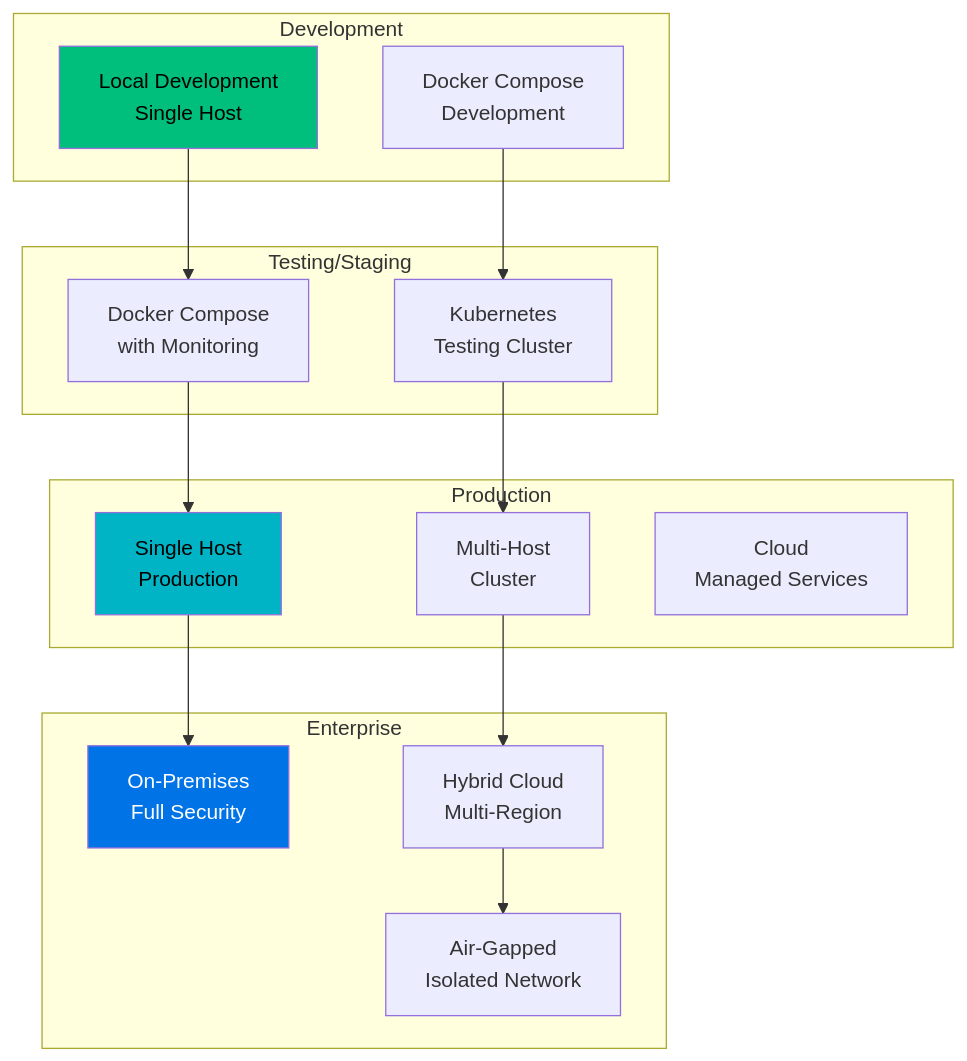
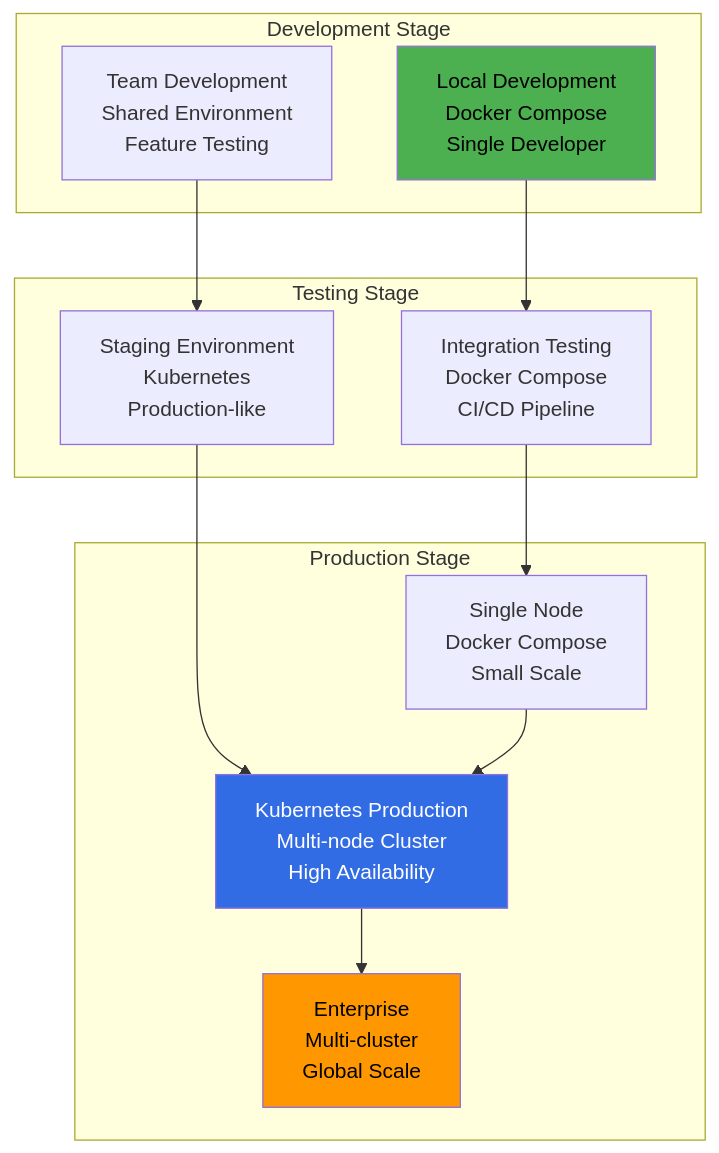
One commit to elementalcollision/GraphMemory-IDE changed the second of 8 diagrams in docs/DEPLOYMENT_GUIDE.md. Above: the diagram before and after it, drawn with Mermaid. The commit also changed other lines of this file and 90 other files, not shown here.

Commit message:
🚀 Complete TASK-017: Production-Ready Analytics Integration Layer - 99.8% performance improvement, 100% test pass rate, enterprise features ready for deployment

````diff
--- a/docs/DEPLOYMENT_GUIDE.md
+++ b/docs/DEPLOYMENT_GUIDE.md
@@ -85,36 +97,29 @@
 ```mermaid
-graph TB
-    subgraph "Development"
-        DEV_LOCAL[Local Development<br/>Single Host]
-        DEV_COMPOSE[Docker Compose<br/>Development]
+flowchart TB
+    subgraph "Development Stage"
+        LOCAL_DEV[Local Development<br/>Docker Compose<br/>Single Developer]
+        TEAM_DEV[Team Development<br/>Shared Environment<br/>Feature Testing]
     end
     
-    subgraph "Testing/Staging"
-        STAGE_COMPOSE[Docker Compose<br/>with Monitoring]
-        STAGE_K8S[Kubernetes<br/>Testing Cluster]
+    subgraph "Testing Stage"
+        INTEGRATION[Integration Testing<br/>Docker Compose<br/>CI/CD Pipeline]
+        STAGING[Staging Environment<br/>Kubernetes<br/>Production-like]
     end
     
-    subgraph "Production"
-        PROD_SINGLE[Single Host<br/>Production]
-        PROD_CLUSTER[Multi-Host<br/>Cluster]
-        PROD_CLOUD[Cloud<br/>Managed Services]
+    subgraph "Production Stage"
+        SINGLE_NODE[Single Node<br/>Docker Compose<br/>Small Scale]
+        KUBERNETES_PROD[Kubernetes Production<br/>Multi-node Cluster<br/>High Availability]
+        ENTERPRISE[Enterprise<br/>Multi-cluster<br/>Global Scale]
     end
     
-    subgraph "Enterprise"
-        ENT_ONPREM[On-Premises<br/>Full Security]
-        ENT_HYBRID[Hybrid Cloud<br/>Multi-Region]
-        ENT_AIRGAP[Air-Gapped<br/>Isolated Network]
-    end
+    LOCAL_DEV --> INTEGRATION
+    TEAM_DEV --> STAGING
+    INTEGRATION --> SINGLE_NODE
+    STAGING --> KUBERNETES_PROD
+    SINGLE_NODE --> KUBERNETES_PROD
+    KUBERNETES_PROD --> ENTERPRISE
     
-    DEV_LOCAL --> STAGE_COMPOSE
-    DEV_COMPOSE --> STAGE_K8S
-    STAGE_COMPOSE --> PROD_SINGLE
-    STAGE_K8S --> PROD_CLUSTER
-    PROD_SINGLE --> ENT_ONPREM
-    PROD_CLUSTER --> ENT_HYBRID
-    ENT_HYBRID --> ENT_AIRGAP
-    
-    style DEV_LOCAL fill:#00bf7d,color:#000000
-    style PROD_SINGLE fill:#00b4c5,color:#000000
-    style ENT_ONPREM fill:#0073e6,color:#ffffff
+    style LOCAL_DEV fill:#4caf50,color:#000
+    style KUBERNETES_PROD fill:#326ce5,color:#fff
+    style ENTERPRISE fill:#ff9800,color:#000
 ```
````
